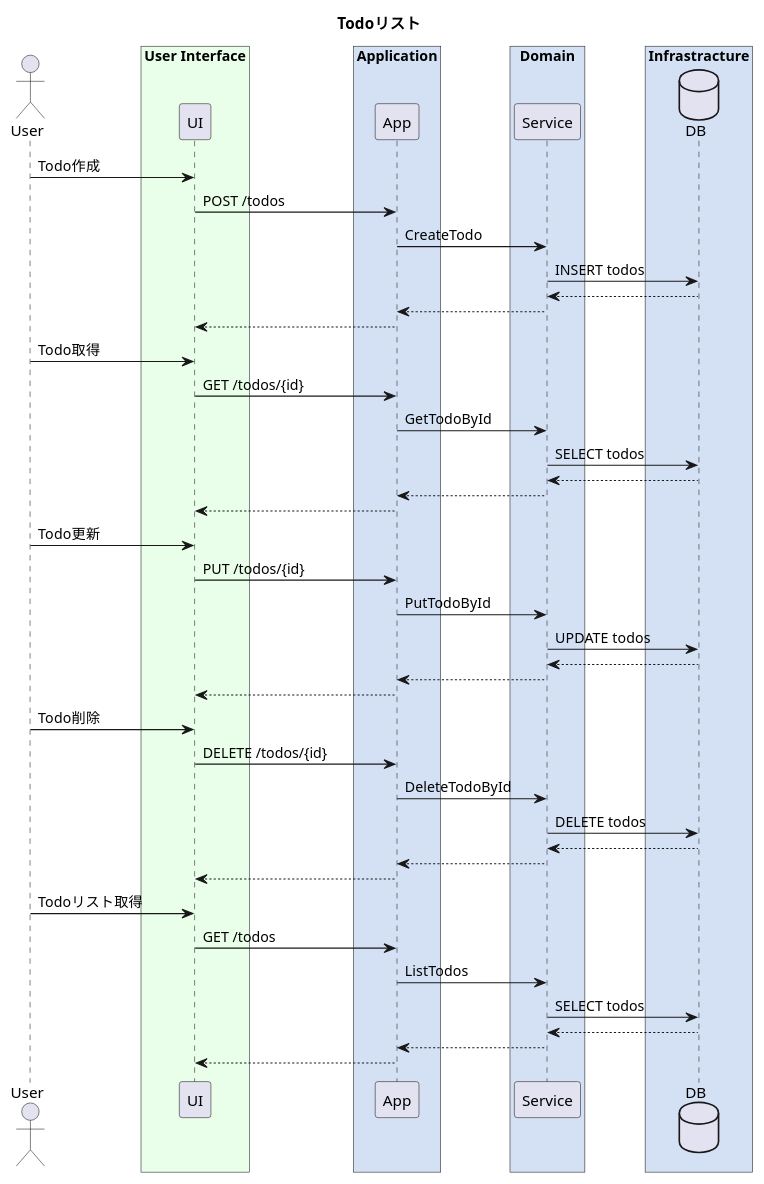
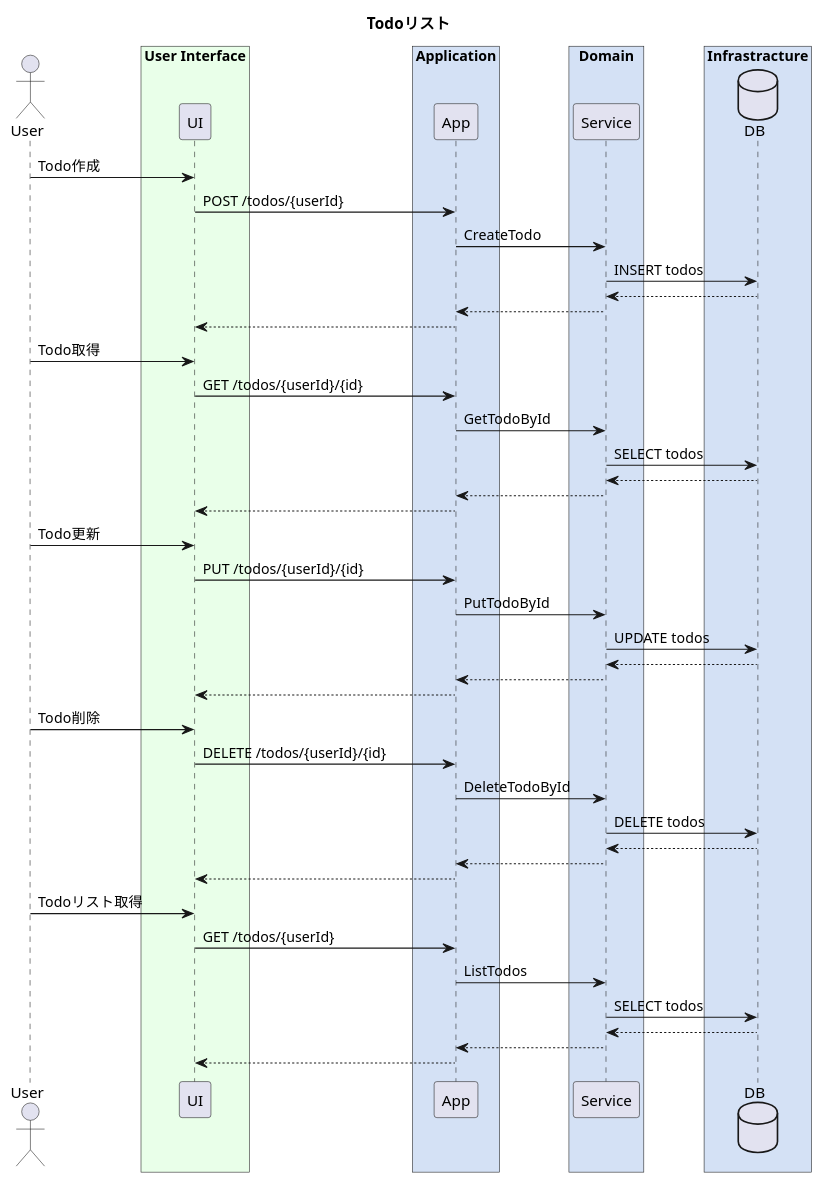
One commit to hirac1220/go-clean-architecture changed the diagram in docs/sequence.md. Above: the diagram before and after it, drawn with PlantUML. The commit also changed 16 other files, not shown here.

````diff
--- a/docs/sequence.md
+++ b/docs/sequence.md
@@ -1,65 +1,65 @@
 ```uml
 @startuml
 
 title Todoリスト
 actor "User" as user
 
 box "User Interface" #e9ffe9
   participant "UI" as ui
 end box
 
 box "Application" #d4e1f5
   participant "App" as app
 end box
 
 box "Domain" #d4e1f5
   participant "Service" as service
 end box
 
 box "Infrastracture" #d4e1f5
   database "DB" as db
 end box
 
 
 user -> ui: Todo作成
-ui -> app: POST /todos
+ui -> app: POST /todos/{userId}
 app -> service: CreateTodo
 service -> db: INSERT todos
 service <-- db:
 app <-- service:
 ui <-- app:
 
 user -> ui: Todo取得
-ui -> app: GET /todos/{id}
+ui -> app: GET /todos/{userId}/{id}
 app -> service: GetTodoById
 service -> db: SELECT todos
 service <-- db:
 app <-- service:
 ui <-- app:
 
 user -> ui: Todo更新
-ui -> app: PUT /todos/{id}
+ui -> app: PUT /todos/{userId}/{id}
 app -> service: PutTodoById
 service -> db: UPDATE todos
 service <-- db:
 app <-- service:
 ui <-- app:
 
 user -> ui: Todo削除
-ui -> app: DELETE /todos/{id}
+ui -> app: DELETE /todos/{userId}/{id}
 app -> service: DeleteTodoById
 service -> db: DELETE todos
 service <-- db:
 app <-- service:
 ui <-- app:
 
 user -> ui: Todoリスト取得
-ui -> app: GET /todos
+ui -> app: GET /todos/{userId}
 app -> service: ListTodos
 service -> db: SELECT todos
 service <-- db:
 app <-- service:
 ui <-- app:
 
 @enduml
 ```
````
